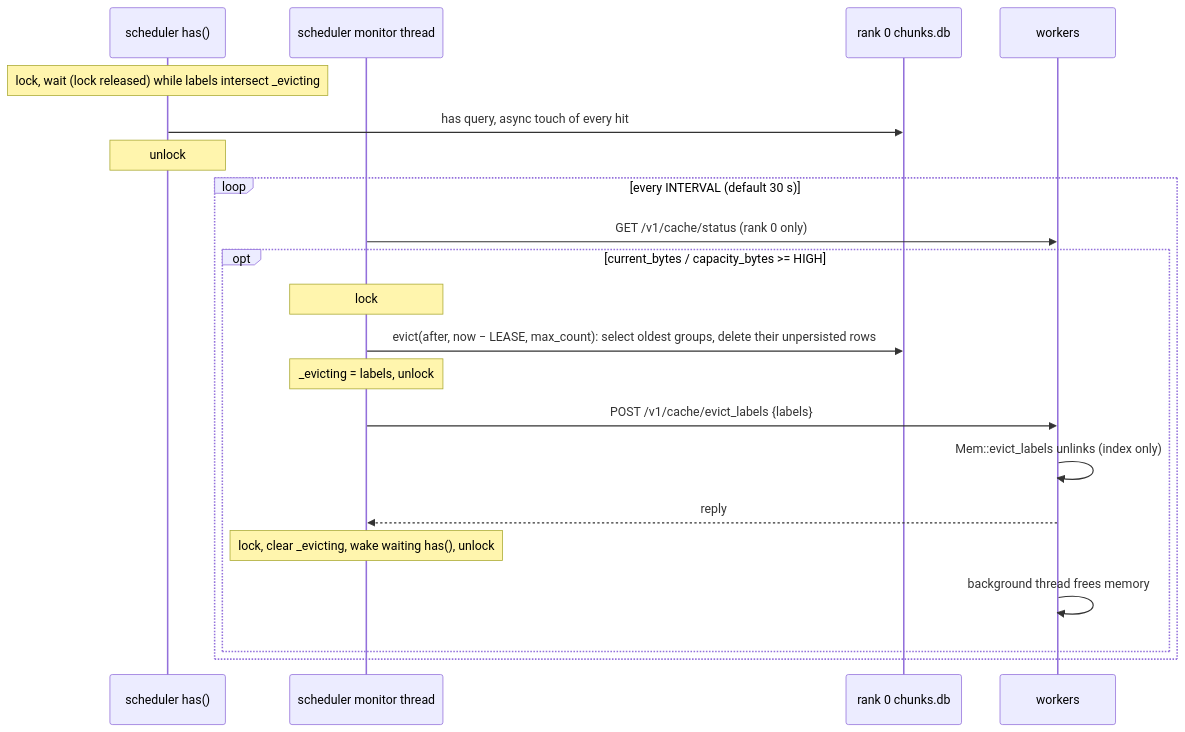
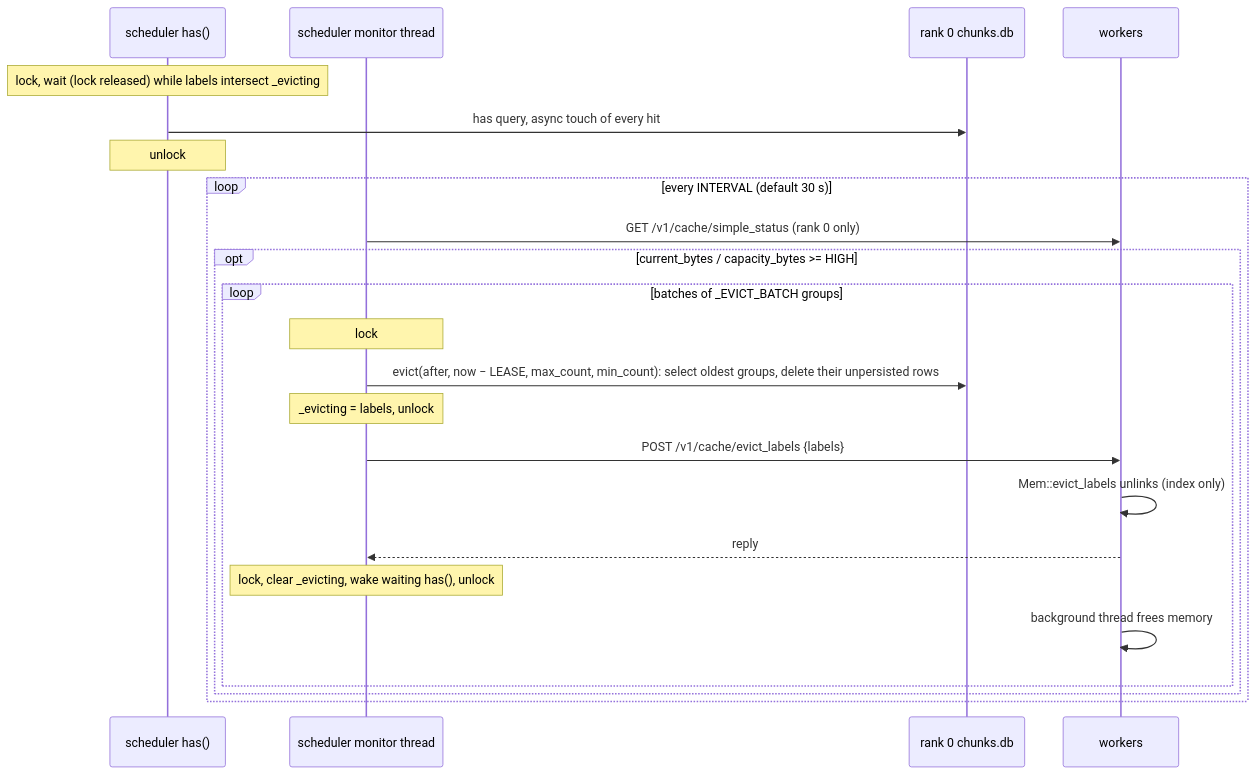
The diagram in doc/design/eviction.md (byang-intel/intel-accel-for-llm), drawn with Mermaid before and after one commit. The commit also changed other lines of this file and 8 other files, not shown here.

First line of the commit message:
feat(kvstore): batch DDR eviction and add a forced watermark that overrides the lease

````diff
--- a/doc/design/eviction.md
+++ b/doc/design/eviction.md
@@ -85,24 +87,26 @@
 ```mermaid
 sequenceDiagram
     participant S as scheduler has()
     participant T as scheduler monitor thread
     participant DB as rank 0 chunks.db
     participant W as workers
 
     Note over S: lock, wait (lock released) while labels intersect _evicting
     S->>DB: has query, async touch of every hit
     Note over S: unlock
     loop every INTERVAL (default 30 s)
-        T->>W: GET /v1/cache/status (rank 0 only)
+        T->>W: GET /v1/cache/simple_status (rank 0 only)
         opt current_bytes / capacity_bytes >= HIGH
-            Note over T: lock
-            T->>DB: evict(after, now − LEASE, max_count): select oldest groups, delete their unpersisted rows
-            Note over T: _evicting = labels, unlock
-            T->>W: POST /v1/cache/evict_labels {labels}
-            W->>W: Mem::evict_labels unlinks (index only)
-            W-->>T: reply
-            Note over T: lock, clear _evicting, wake waiting has(), unlock
-            W->>W: background thread frees memory
+            loop batches of _EVICT_BATCH groups
+                Note over T: lock
+                T->>DB: evict(after, now − LEASE, max_count, min_count): select oldest groups, delete their unpersisted rows
+                Note over T: _evicting = labels, unlock
+                T->>W: POST /v1/cache/evict_labels {labels}
+                W->>W: Mem::evict_labels unlinks (index only)
+                W-->>T: reply
+                Note over T: lock, clear _evicting, wake waiting has(), unlock
+                W->>W: background thread frees memory
+            end
         end
     end
 ```
````
